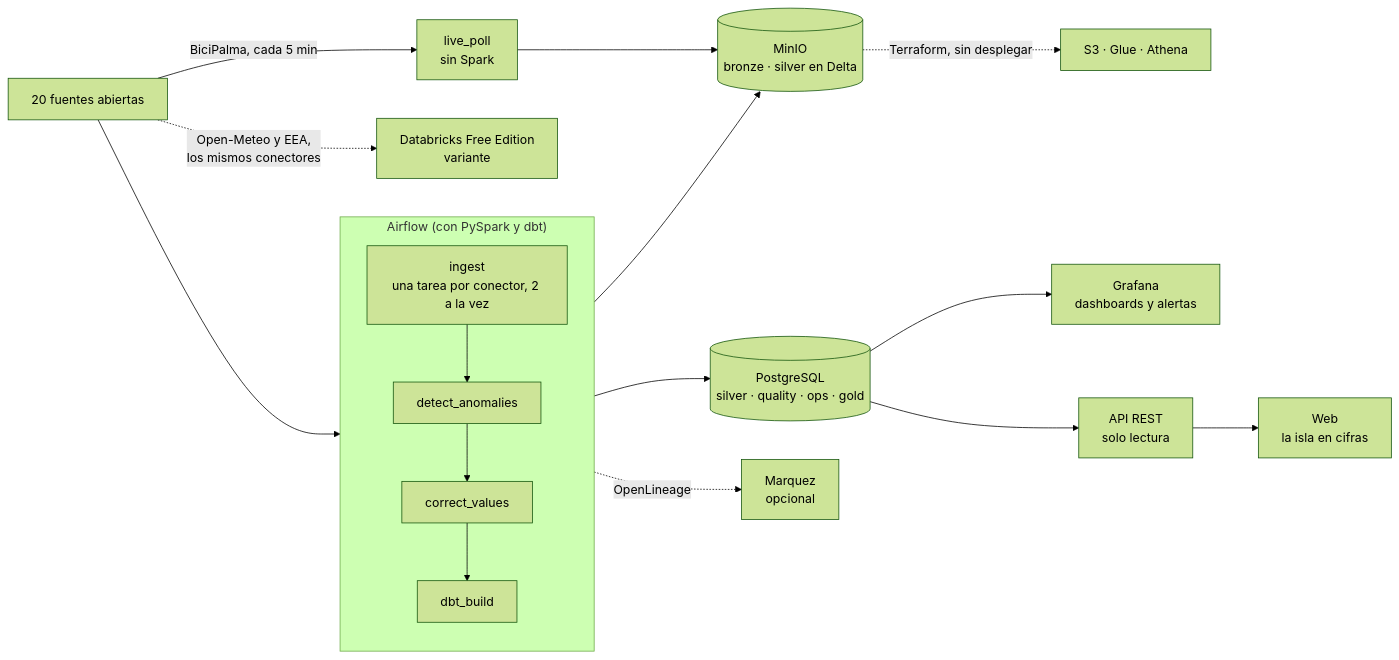
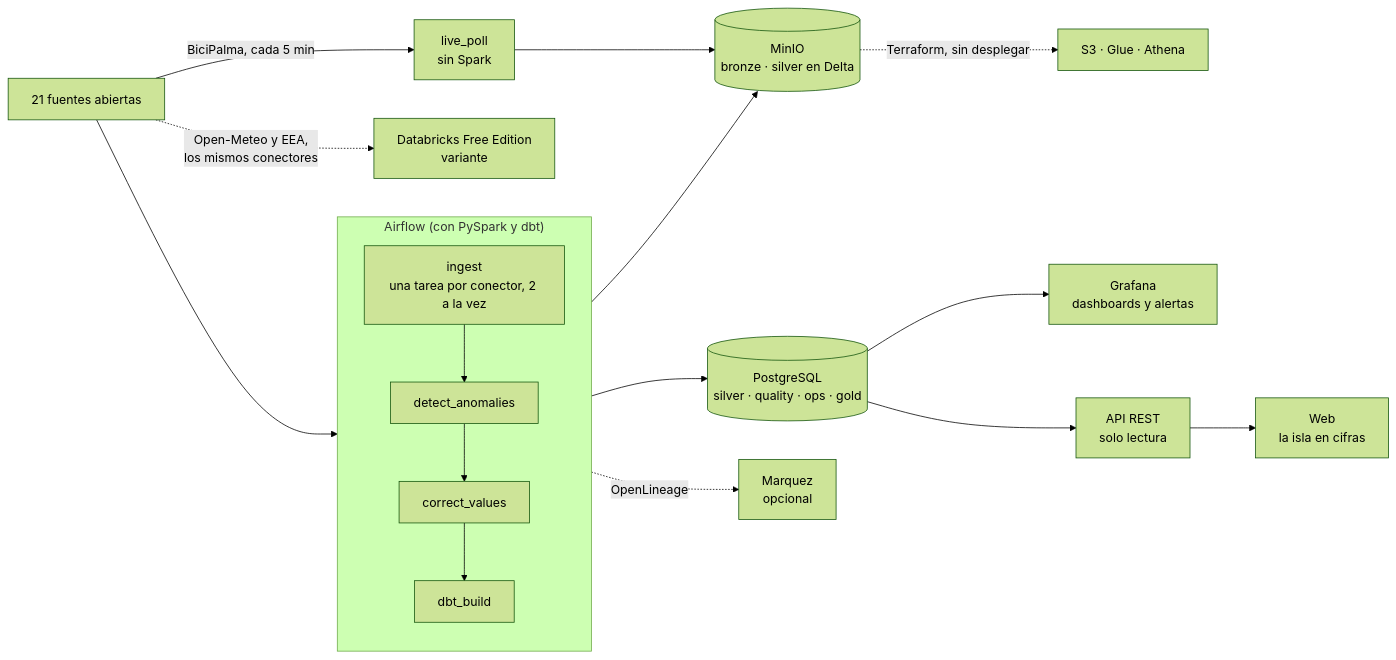
Before and after one commit to AlexandreColl/MallorcaDataPlatform: the first of 2 diagrams in docs/architecture.md, drawn with Mermaid (forest theme). The commit also changed 26 other files, not shown here.

````diff
--- a/docs/architecture.md
+++ b/docs/architecture.md
@@ -28,16 +28,16 @@
 ```mermaid
 flowchart LR
-    SRC["20 fuentes abiertas"] --> AF
+    SRC["21 fuentes abiertas"] --> AF
     subgraph AF["Airflow (con PySpark y dbt)"]
         direction TB
         ING["ingest<br/>una tarea por conector, 2 a la vez"] --> DET[detect_anomalies] --> COR[correct_values] --> DBT[dbt_build]
     end
     AF --> MINIO[("MinIO<br/>bronze · silver en Delta")]
     SRC -->|"BiciPalma, cada 5 min"| POLL["live_poll<br/>sin Spark"] --> MINIO
     AF --> PG[("PostgreSQL<br/>silver · quality · ops · gold")]
     PG --> GF["Grafana<br/>dashboards y alertas"]
     PG --> API["API REST<br/>solo lectura"] --> WEB["Web<br/>la isla en cifras"]
     AF -.->|OpenLineage| MQ["Marquez<br/>opcional"]
     MINIO -.->|"Terraform, sin desplegar"| AWS["S3 · Glue · Athena"]
     SRC -.->|"Open-Meteo y EEA,<br/>los mismos conectores"| DBX["Databricks Free Edition<br/>variante"]
 ```
````
